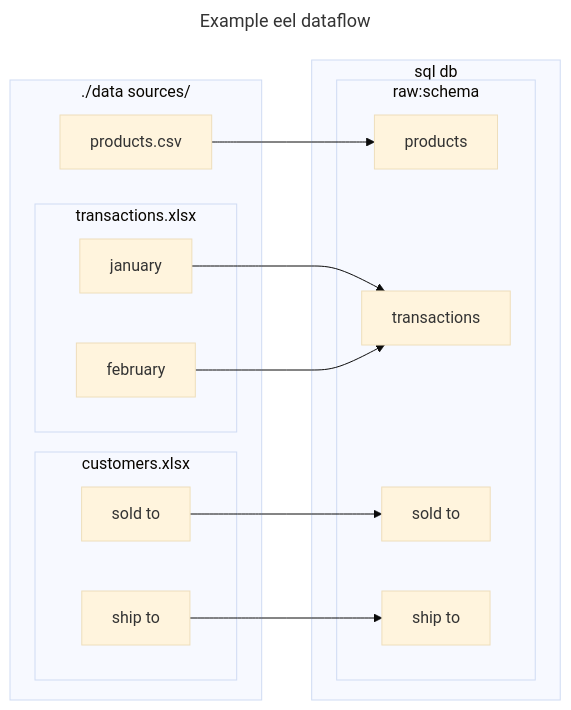
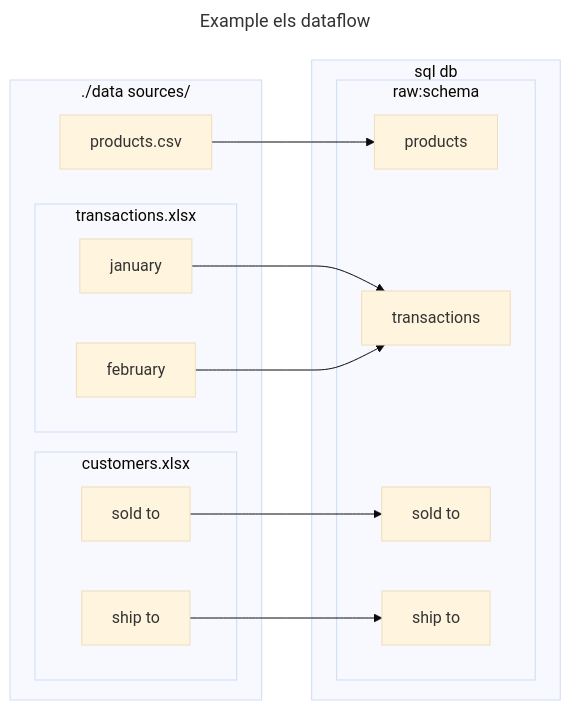
One commit to NathanDWalsh/els changed the third of 4 diagrams in README.md. Above: the diagram before and after it, drawn with Mermaid (base theme). The commit also changed other lines of this file and 23 other files, not shown here.

````diff
--- a/README.md
+++ b/README.md
@@ -95,26 +95,26 @@
 ```mermaid
 ---
-title: Example eel dataflow
+title: Example els dataflow
 ---
 graph LR
 subgraph ./data sources/
     a1[products.csv]
     subgraph transactions.xlsx
         z1[january]
         y1[february]
     end
     subgraph customers.xlsx
         x1[sold to]
         w1[ship to]
     end
 end
 subgraph sql db
     subgraph raw:schema
         a1 --> b1[products]
         z1 --> d1[transactions]
         y1 --> d1
         x1 --> u1[sold to]
         w1 --> v1[ship to]
     end
 end
 ```
````
